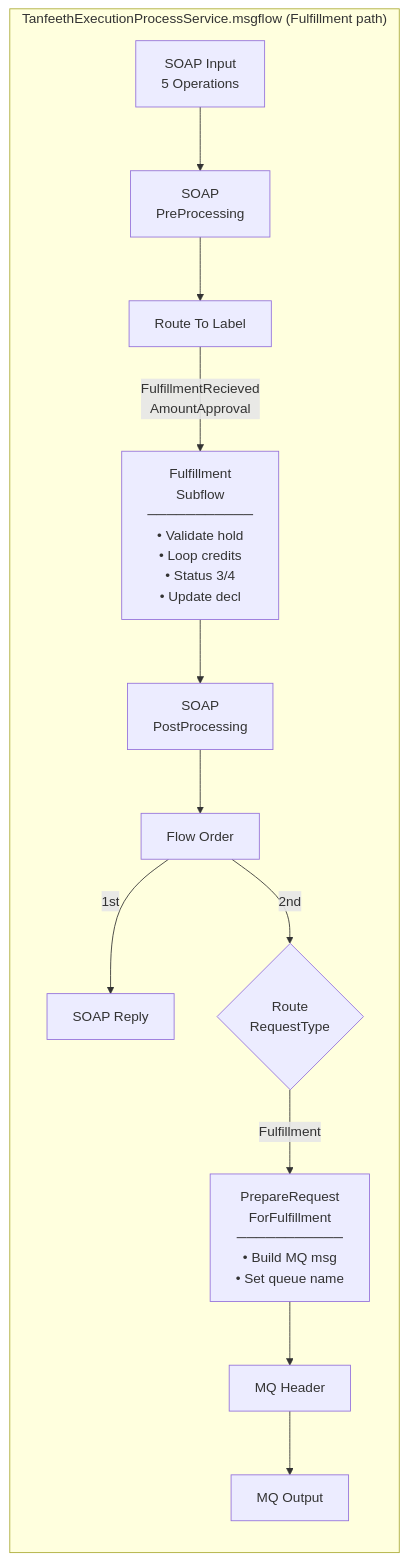
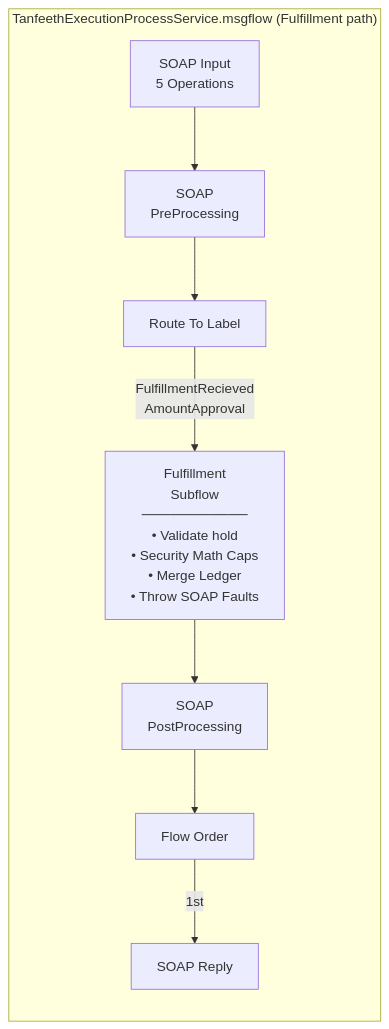
Before and after one commit to MahmoudKRashed/transactionIqn: the sixth of 10 diagrams in Fullfilment/high_level_design.md, drawn with Mermaid. The commit also changed other lines of this file, not shown here.

````diff
--- a/Fullfilment/high_level_design.md
+++ b/Fullfilment/high_level_design.md
@@ -257,14 +274,11 @@
 ```mermaid
 graph LR
     subgraph "TanfeethExecutionProcessService.msgflow (Fulfillment path)"
         SI["SOAP Input<br/>5 Operations"] --> SPP["SOAP<br/>PreProcessing"]
         SPP --> RTL["Route To Label"]
-        RTL -->|FulfillmentRecieved<br/>AmountApproval| FS["Fulfillment<br/>Subflow<br/>───────────<br/>• Validate hold<br/>• Loop credits<br/>• Status 3/4<br/>• Update decl"]
+        RTL -->|FulfillmentRecieved<br/>AmountApproval| FS["Fulfillment<br/>Subflow<br/>───────────<br/>• Validate hold<br/>• Security Math Caps<br/>• Merge Ledger<br/>• Throw SOAP Faults"]
         FS --> SPost["SOAP<br/>PostProcessing"]
         SPost --> FO["Flow Order"]
         FO -->|1st| SR["SOAP Reply"]
-        FO -->|2nd| Route{"Route<br/>RequestType"}
-        Route -->|Fulfillment| PF["PrepareRequest<br/>ForFulfillment<br/>───────────<br/>• Build MQ msg<br/>• Set queue name"]
-        PF --> MQH["MQ Header"] --> MQOut["MQ Output"]
     end
 ```
````
